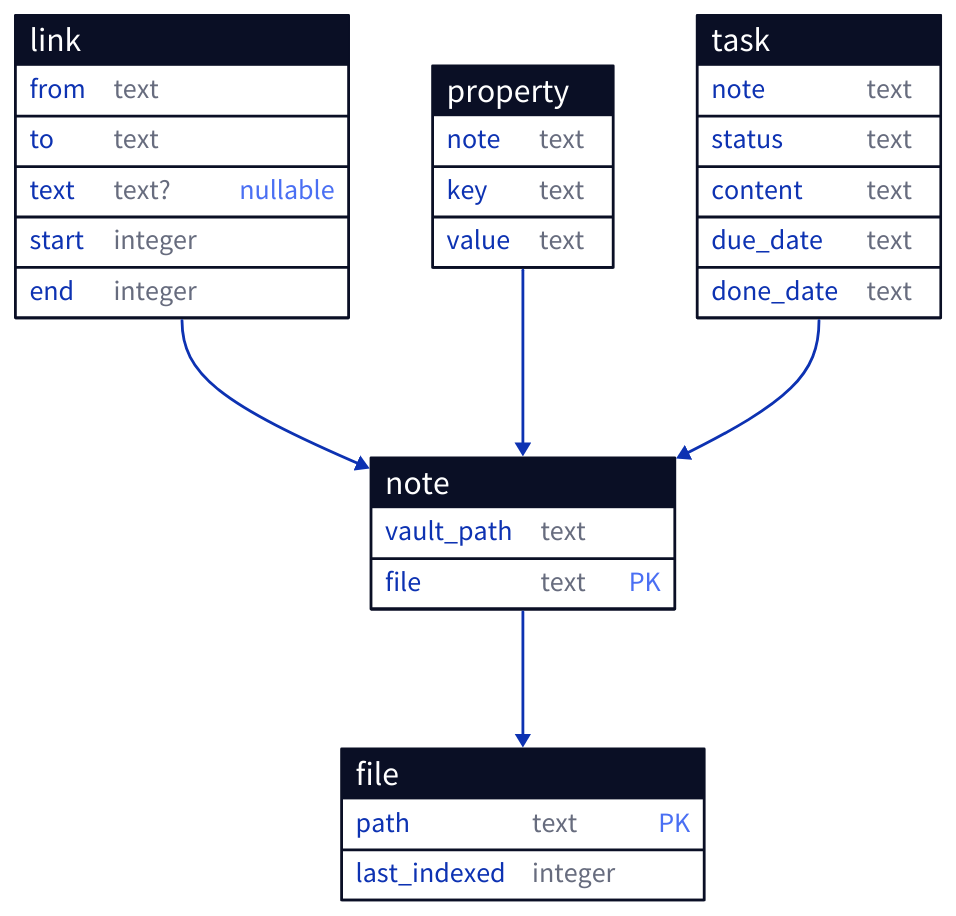
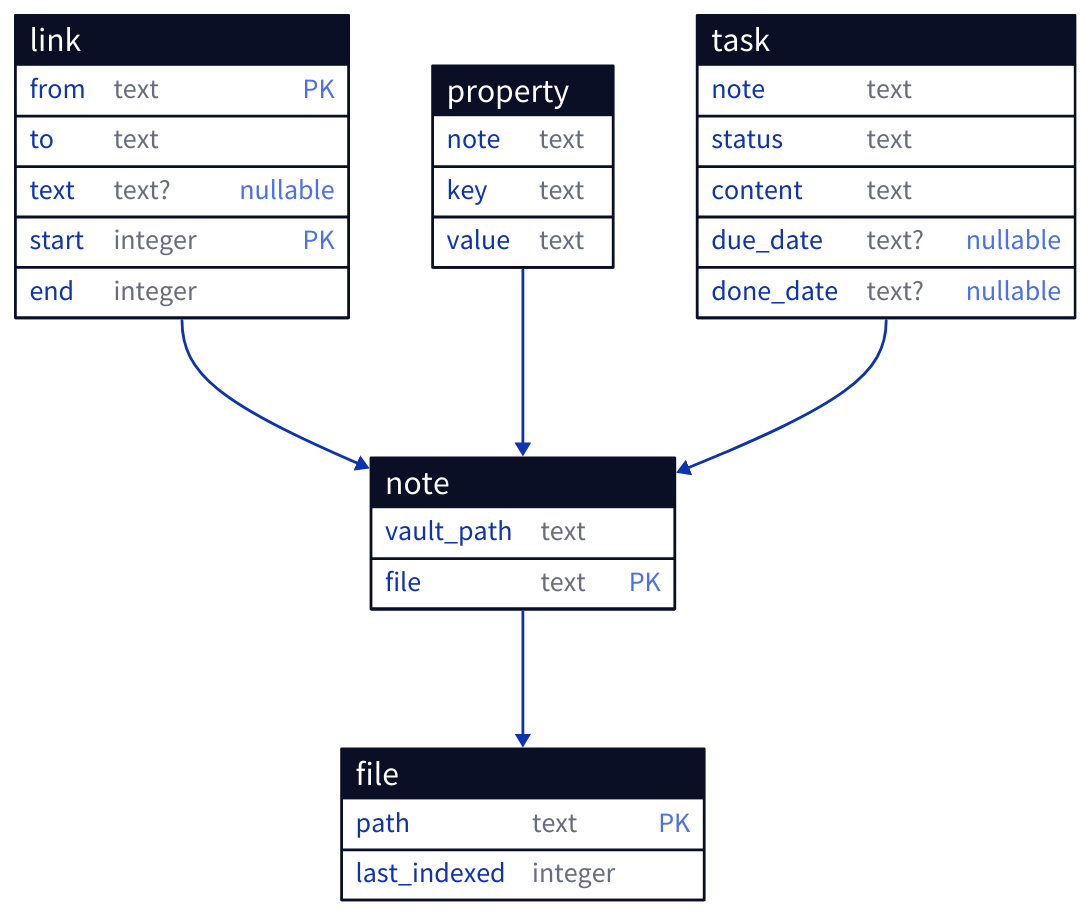
Before and after one commit to pithuene/zk_index: the diagram in docs/assets/sql_schema.d2, drawn with D2. The commit also changed 12 other files, not shown here.

```diff
--- a/docs/assets/sql_schema.d2
+++ b/docs/assets/sql_schema.d2
@@ -1,41 +1,41 @@
 file: {
   shape: sql_table
   path: text {constraint: primary_key}
   last_indexed: integer
 }
 
 property: {
   shape: sql_table
   note: text
   key: text
   value: text
 }
 
 task: {
   shape: sql_table
   note: text
   status: text
   content: text
-  due_date: text
-  done_date: text
+  due_date: text? {constraint: nullable}
+  done_date: text? {constraint: nullable}
 }
 
 link_: link {
   shape: sql_table
-  from: text
+  from: text {constraint: primary_key}
   to: text
   text: text? {constraint: nullable}
-  start: integer
+  start: integer {constraint: primary_key}
   end: integer
 }
 
 note: {
   shape: sql_table
   vault_path: text
   file: text {constraint: primary_key}
 }
 
 note.file -> file.path
 link_.from -> note.file
 property.note -> note.file
 task.note -> note.file
```
